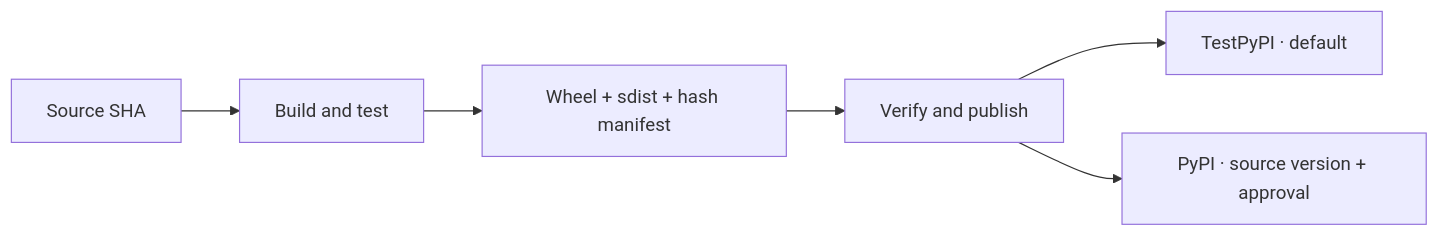
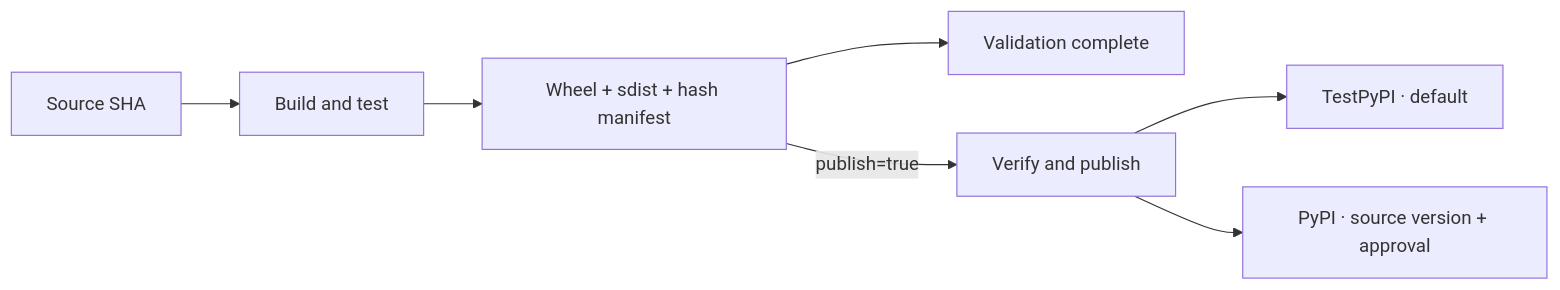
One commit to hugegraph/actions changed the diagram in README.md. Above: the diagram before and after it, drawn with Mermaid. The commit also changed other lines of this file and 3 other files, not shown here.

````diff
--- a/README.md
+++ b/README.md
@@ -61,8 +69,9 @@
 ```mermaid
 flowchart LR
     S[Source SHA] --> B[Build and test]
     B --> A[Wheel + sdist + hash manifest]
-    A --> P[Verify and publish]
+    A --> V[Validation complete]
+    A -->|publish=true| P[Verify and publish]
     P --> T[TestPyPI · default]
     P --> R[PyPI · source version + approval]
 ```
````
